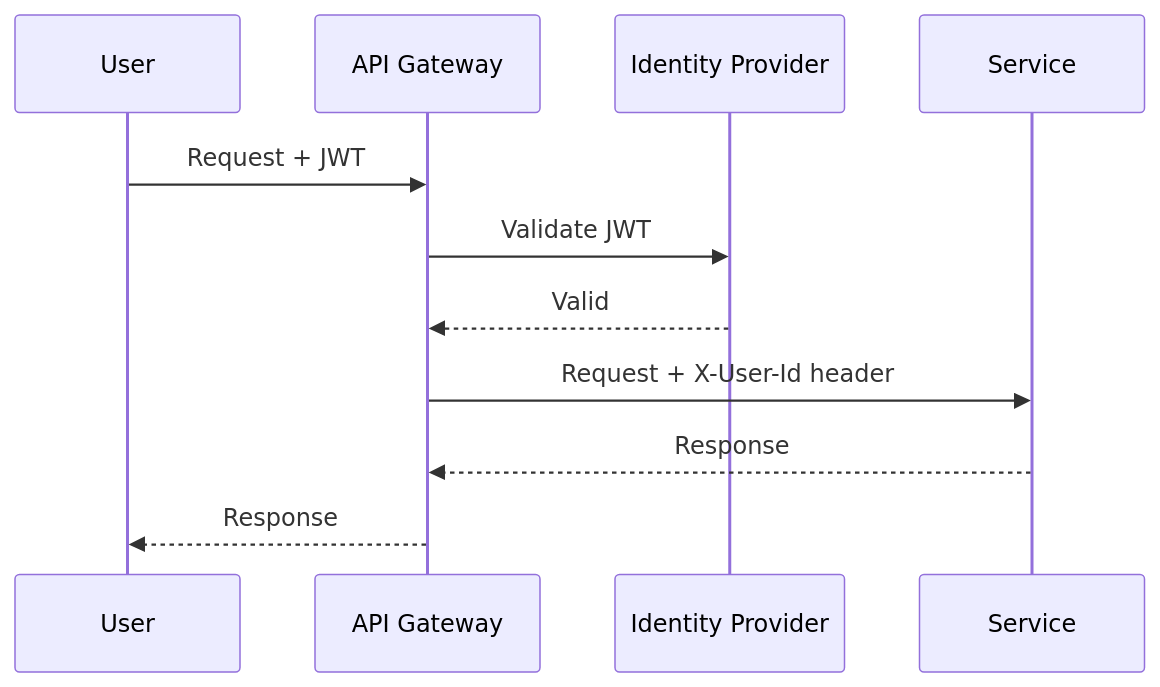
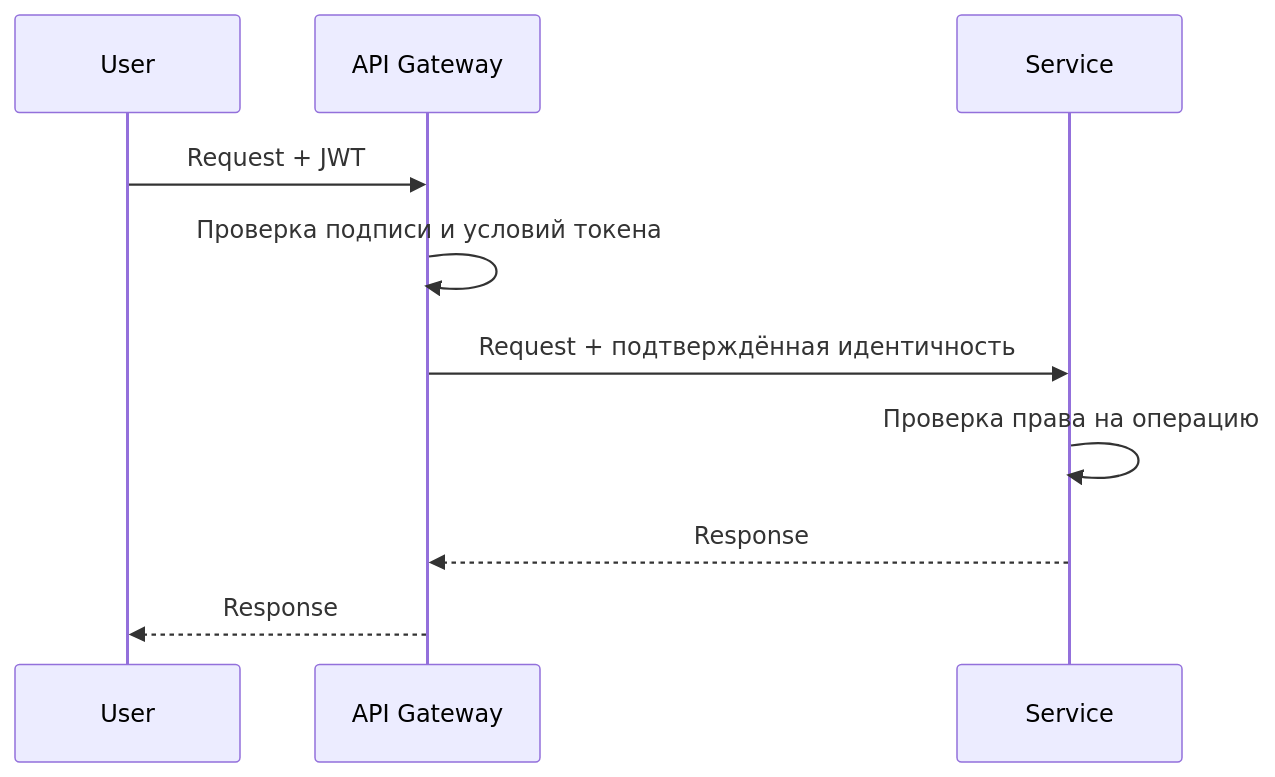
Before and after one commit to akeverus/cheat-sheet: diagram 13 of 18 in cheatsheets/interview/architecture/microservices-interview.md, drawn with Mermaid. The commit also changed other lines of this file and 6 other files, not shown here.

````diff
--- a/cheatsheets/interview/architecture/microservices-interview.md
+++ b/cheatsheets/interview/architecture/microservices-interview.md
@@ -984,14 +964,13 @@
 ```mermaid
 sequenceDiagram
     participant U as User
     participant GW as API Gateway
-    participant IdP as Identity Provider
     participant S as Service
 
     U->>GW: Request + JWT
-    GW->>IdP: Validate JWT
-    IdP-->>GW: Valid
-    GW->>S: Request + X-User-Id header
+    GW->>GW: Проверка подписи и условий токена
+    GW->>S: Request + подтверждённая идентичность
+    S->>S: Проверка права на операцию
     S-->>GW: Response
     GW-->>U: Response
 ```
````
